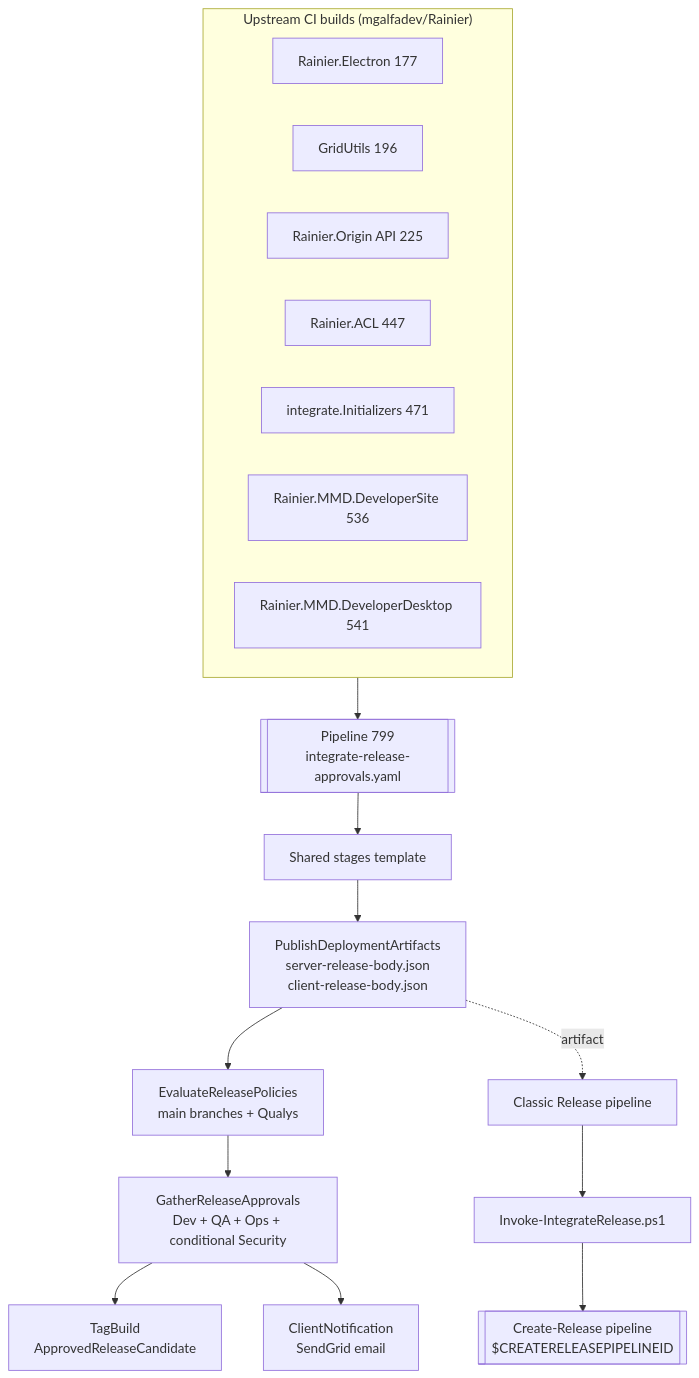
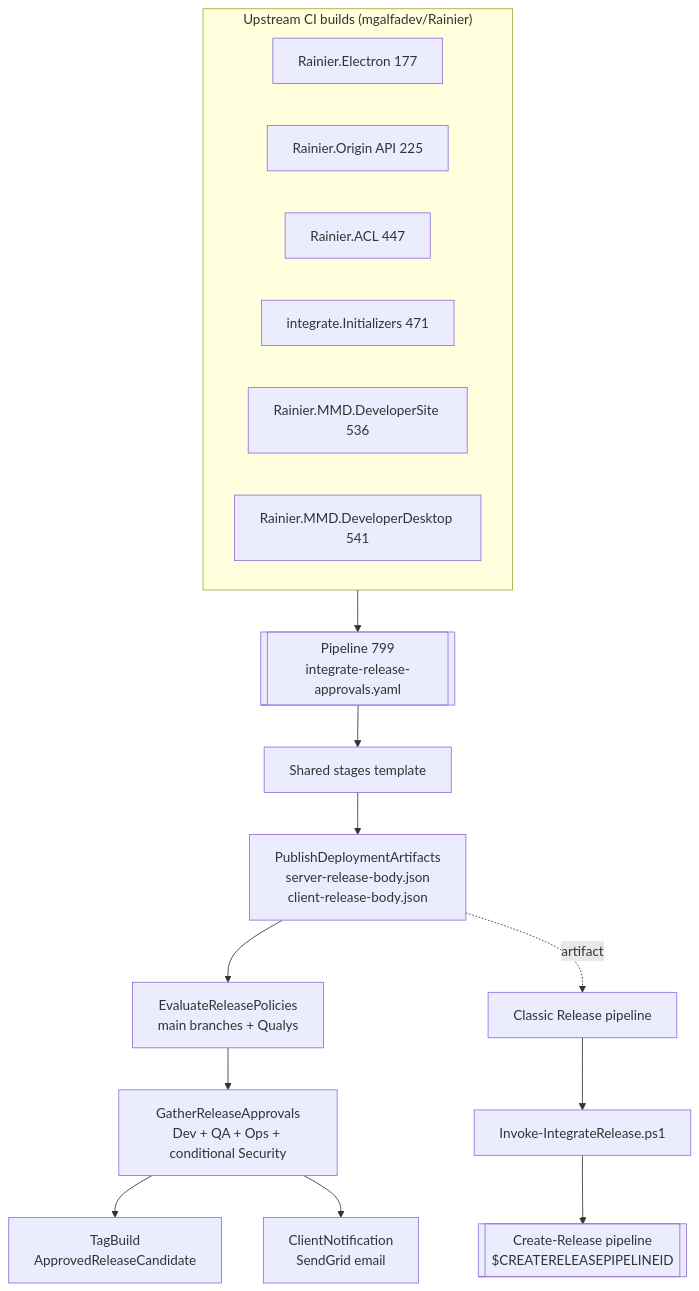
One commit to will-milliman/software-kms changed the diagram in kms/rainier.releases/architecture.md. Above: the diagram before and after it, drawn with Mermaid. The commit also changed other lines of this file and 27 other files, not shown here.

````diff
--- a/kms/rainier.releases/architecture.md
+++ b/kms/rainier.releases/architecture.md
@@ -5,25 +5,24 @@
 ```mermaid
 flowchart TD
     subgraph Upstream["Upstream CI builds (mgalfadev/Rainier)"]
         E[Rainier.Electron 177]
-        G[GridUtils 196]
         O[Rainier.Origin API 225]
         A[Rainier.ACL 447]
         I[integrate.Initializers 471]
         DS[Rainier.MMD.DeveloperSite 536]
         DD[Rainier.MMD.DeveloperDesktop 541]
     end
 
     Upstream --> P799[["Pipeline 799<br/>integrate-release-approvals.yaml"]]
 
     P799 --> TPL[Shared stages template]
     TPL --> S3[PublishDeploymentArtifacts<br/>server-release-body.json<br/>client-release-body.json]
     S3 --> POL[EvaluateReleasePolicies<br/>main branches + Qualys]
     POL --> S4[GatherReleaseApprovals<br/>Dev + QA + Ops + conditional Security]
     S4 --> S5[TagBuild<br/>ApprovedReleaseCandidate]
     S4 --> S6[ClientNotification<br/>SendGrid email]
 
     S3 -.artifact.-> CR[Classic Release pipeline]
     CR --> IIR[Invoke-IntegrateRelease.ps1]
     IIR --> CRP[[Create-Release pipeline<br/>$CREATERELEASEPIPELINEID]]
 ```
````
